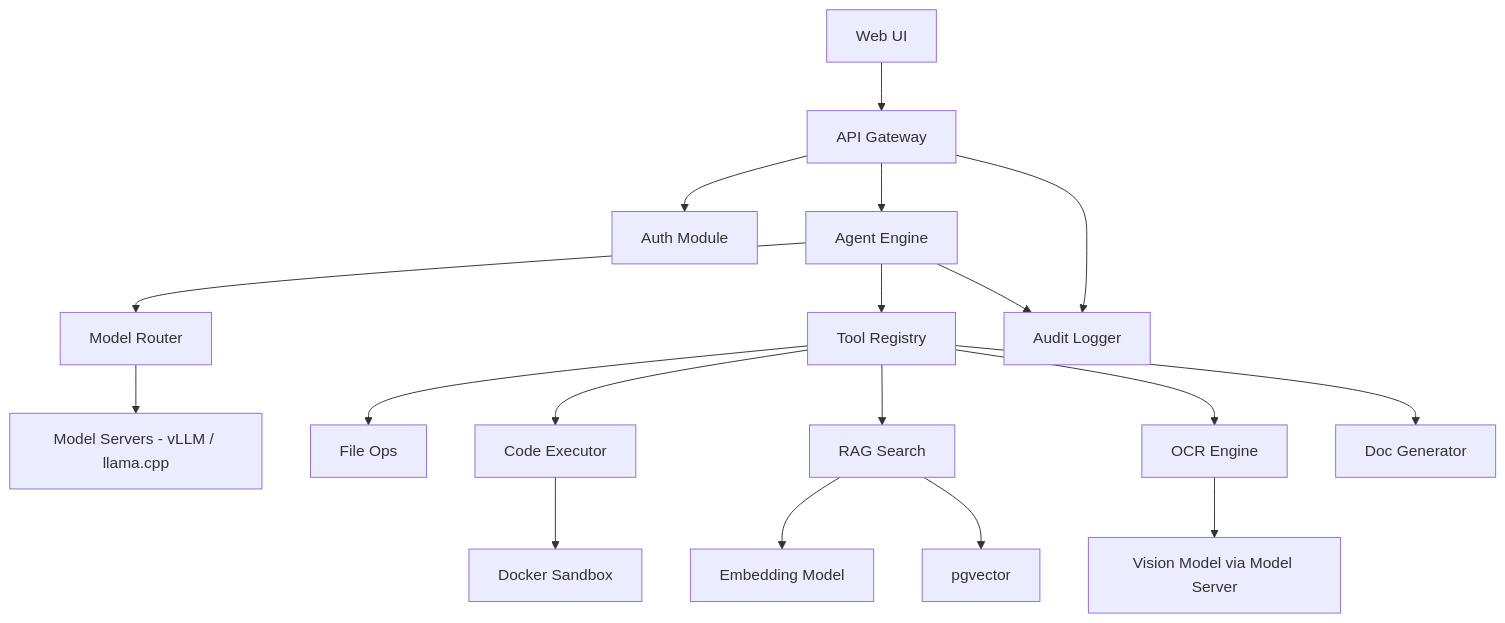
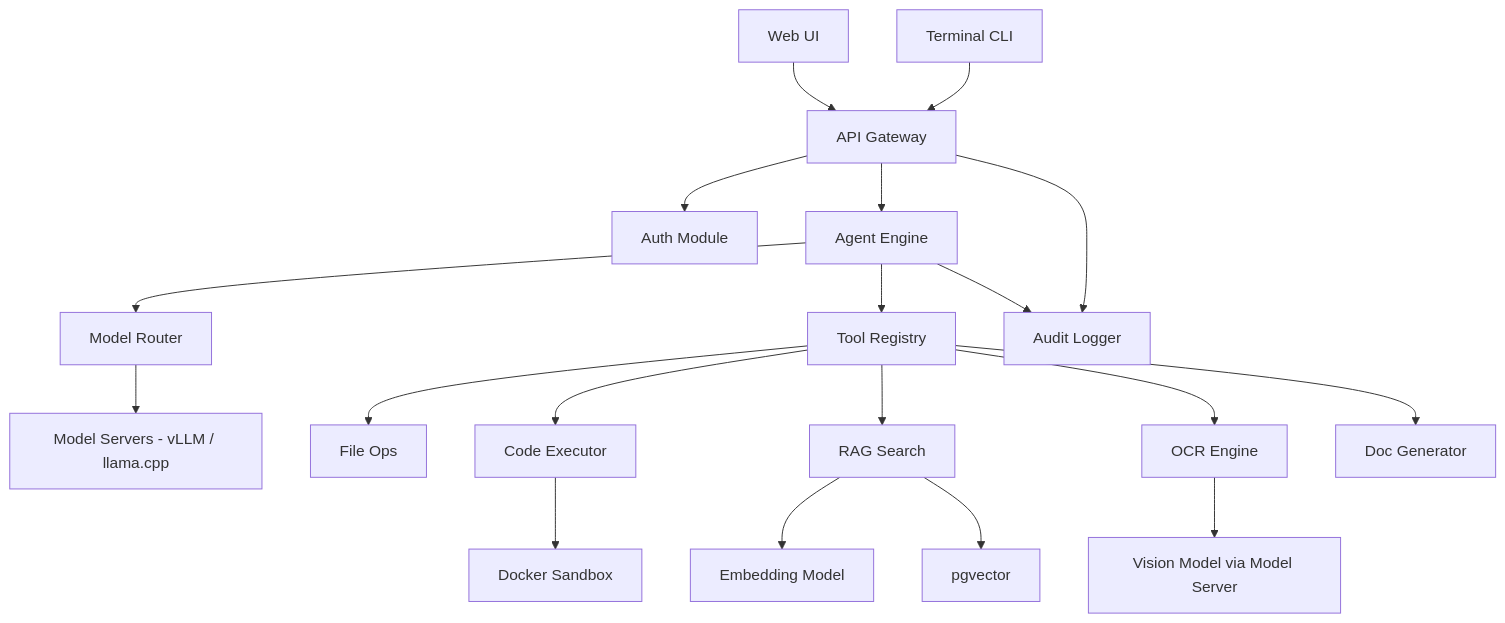
One commit to Yashgoswami2007/S.A.G.E changed the diagram in .agents/skills/architecture_and_foundation/SKILL.md. Above: the diagram before and after it, drawn with Mermaid. The commit also changed other lines of this file and 63 other files, not shown here.

````diff
--- a/.agents/skills/architecture_and_foundation/SKILL.md
+++ b/.agents/skills/architecture_and_foundation/SKILL.md
@@ -150,20 +151,21 @@
 ```mermaid
 graph TD
     UI[Web UI] --> API[API Gateway]
+    CLI[Terminal CLI] --> API
     API --> AUTH[Auth Module]
     API --> AGENT[Agent Engine]
     AGENT --> ROUTER[Model Router]
     AGENT --> TOOLS[Tool Registry]
     ROUTER --> MSRV[Model Servers - vLLM / llama.cpp]
     TOOLS --> FILE[File Ops]
     TOOLS --> CODE[Code Executor]
     TOOLS --> RAG[RAG Search]
     TOOLS --> OCR[OCR Engine]
     TOOLS --> DOCGEN[Doc Generator]
     CODE --> SANDBOX[Docker Sandbox]
     RAG --> EMBED[Embedding Model]
     RAG --> PGVEC[pgvector]
     OCR --> VISION[Vision Model via Model Server]
     AGENT --> AUDIT[Audit Logger]
     API --> AUDIT
 ```
````
